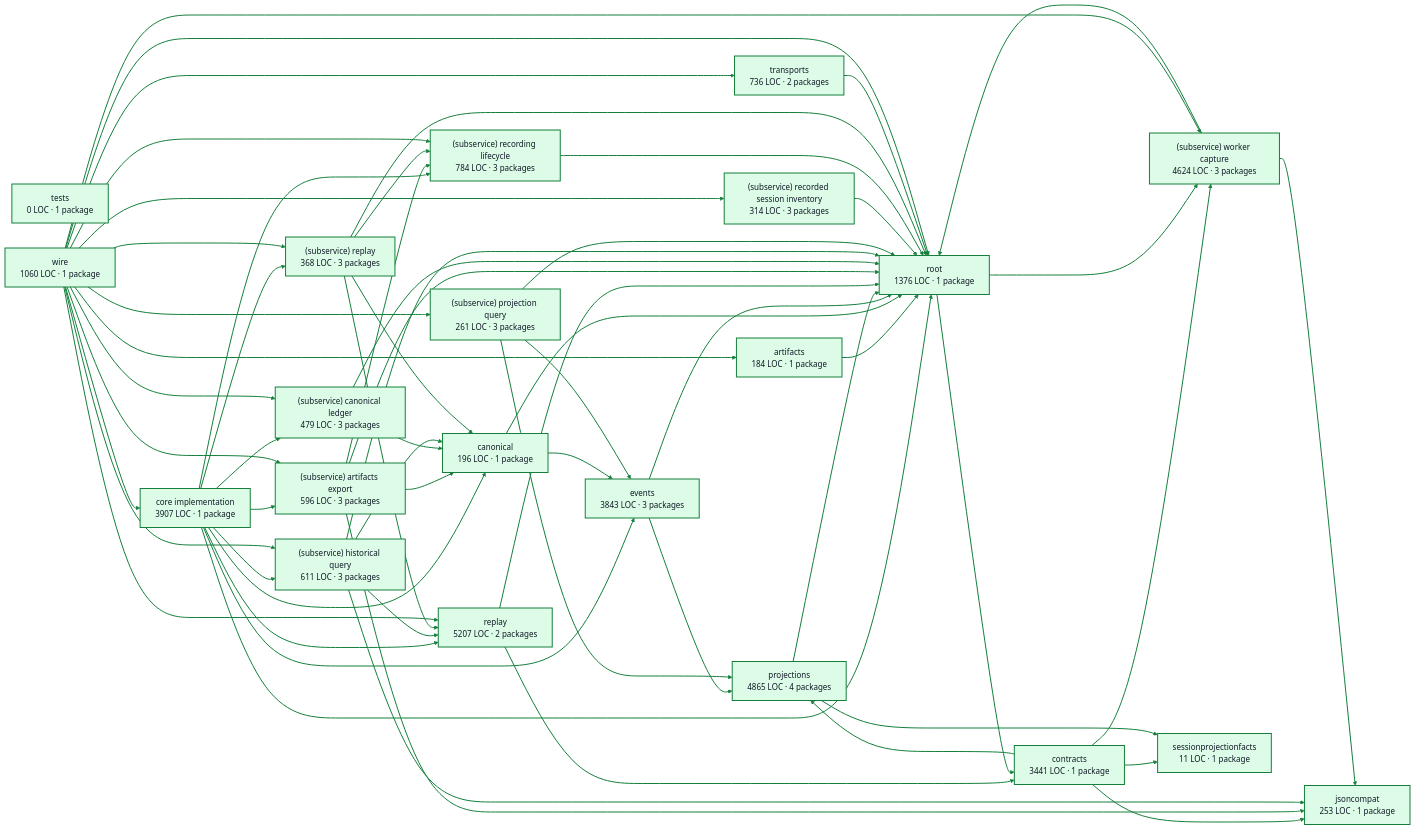
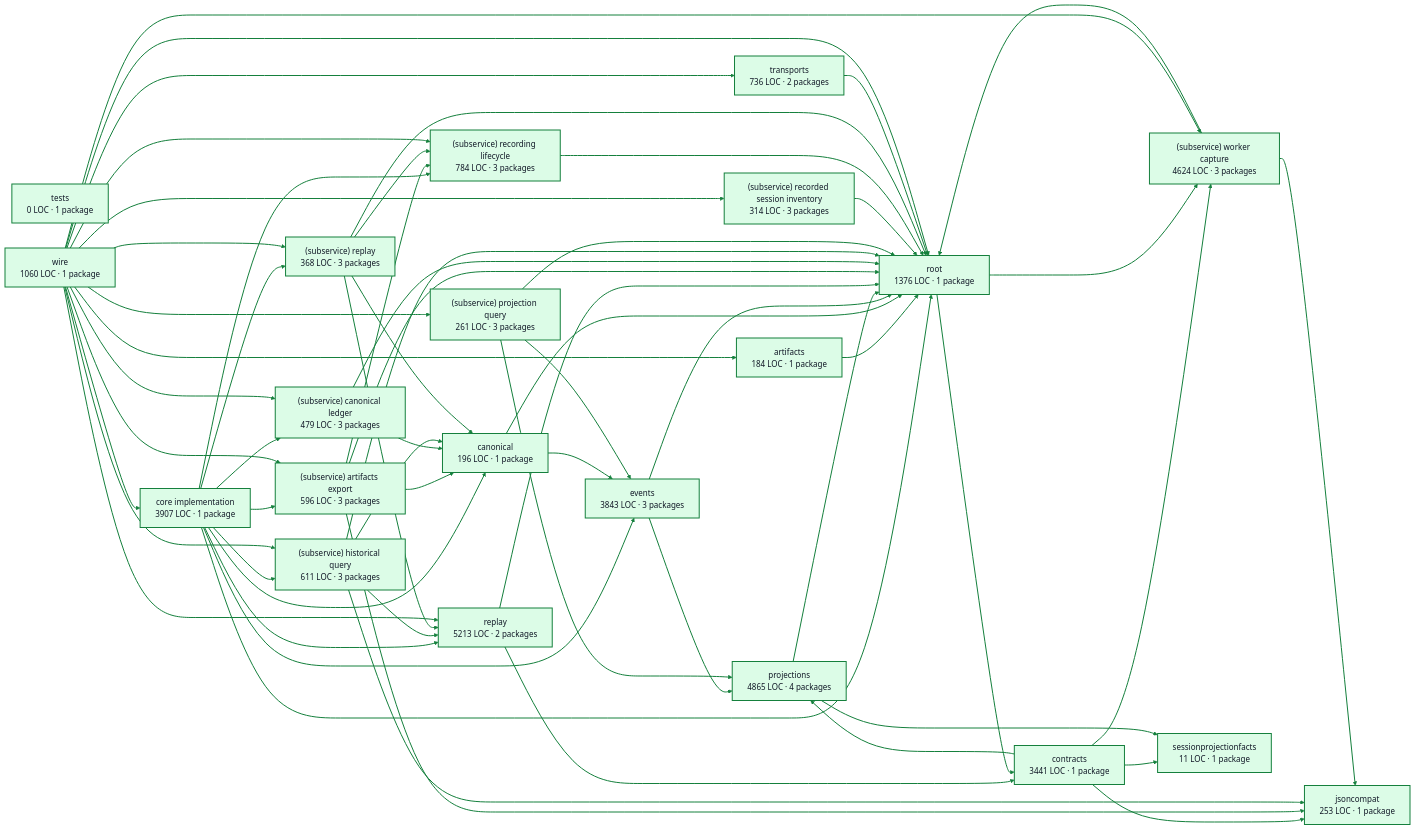
One commit to portpowered/you-agent-factory changed the diagram in docs/architecture/visualizations/services/recordings.md. Above: the diagram before and after it, drawn with Mermaid. The commit also changed other lines of this file and 20 other files, not shown here.

Commit message:
docs: refresh backend architecture visualizations

```diff
--- a/docs/architecture/visualizations/services/recordings.md
+++ b/docs/architecture/visualizations/services/recordings.md
@@ -17,7 +17,7 @@
   p4["events<br/>3843 LOC · 3 packages"]
   p5["jsoncompat<br/>253 LOC · 1 package"]
   p6["projections<br/>4865 LOC · 4 packages"]
-  p7["replay<br/>5207 LOC · 2 packages"]
+  p7["replay<br/>5213 LOC · 2 packages"]
   p8["(subservice) artifacts export<br/>596 LOC · 3 packages"]
   p9["(subservice) canonical ledger<br/>479 LOC · 3 packages"]
   p10["(subservice) historical query<br/>611 LOC · 3 packages"]
```
